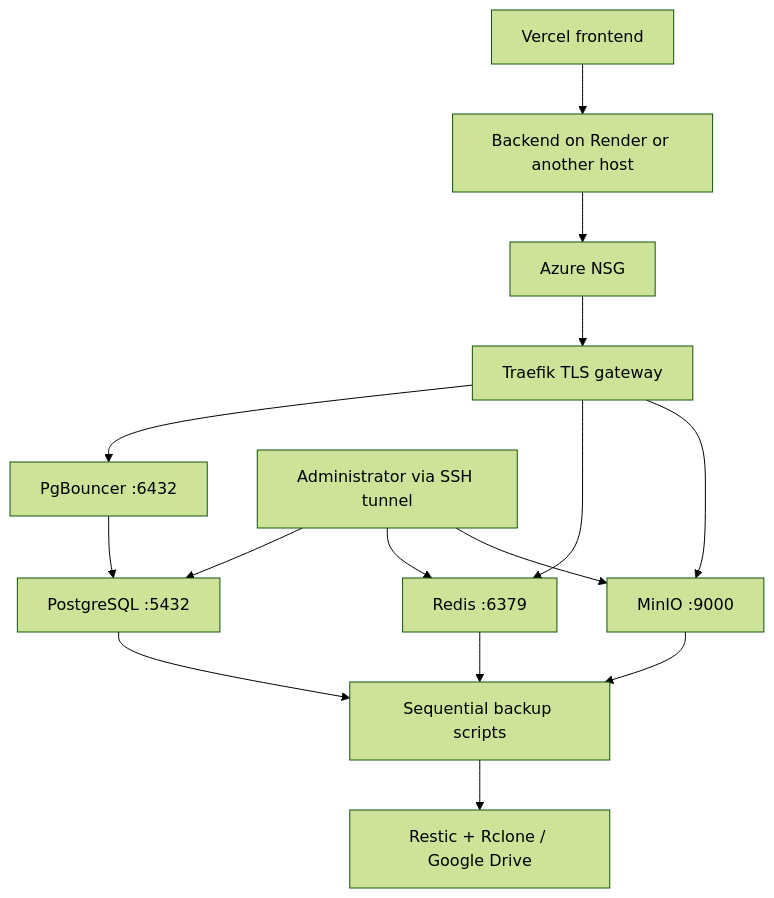
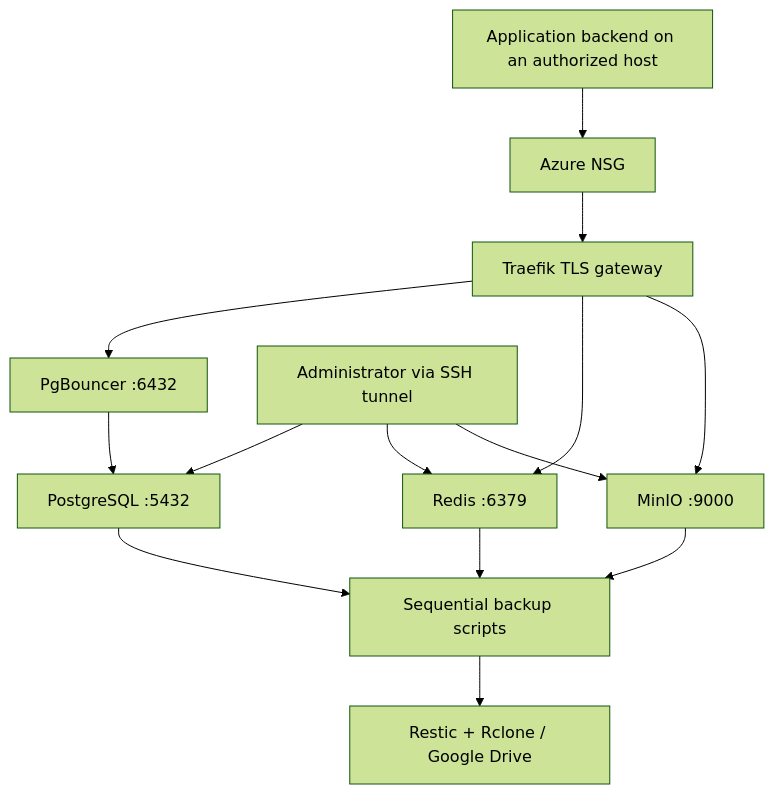
One commit to nguyennan12/nguyenan-infrastructure changed the first of 2 diagrams in docs/ARCHITECTURE.md. Above: the diagram before and after it, drawn with Mermaid (forest theme). The commit also changed other lines of this file and 5 other files, not shown here.

````diff
--- a/docs/ARCHITECTURE.md
+++ b/docs/ARCHITECTURE.md
@@ -5,17 +5,17 @@
 ```mermaid
 flowchart TD
-  FE[Vercel frontend] --> BE[Backend on Render or another host]
+  BE[Application backend on an authorized host]
   BE --> NSG[Azure NSG]
   NSG --> T[Traefik TLS gateway]
   T --> P[PgBouncer :6432]
   P --> PG[PostgreSQL :5432]
   T --> R[Redis :6379]
   T --> M[MinIO :9000]
   PG --> B[Sequential backup scripts]
   R --> B
   M --> B
   B --> G[Restic + Rclone / Google Drive]
   A[Administrator via SSH tunnel] --> PG
   A --> R
   A --> M
 ```
````
